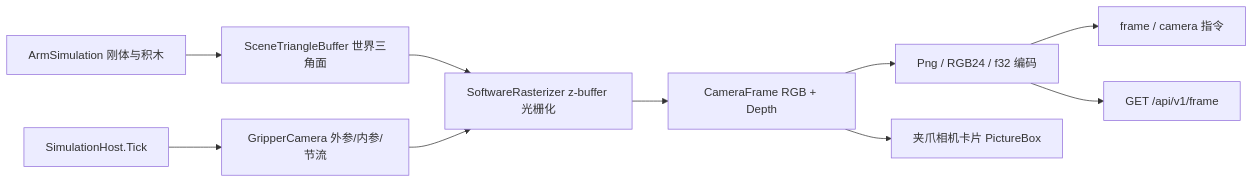
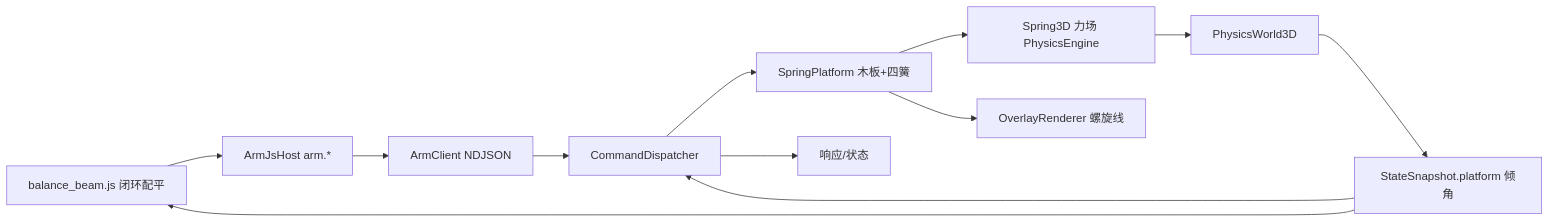
The diagram in .codebuddy/plans/gripper-camera-sensor_15979521.md (xieguigang/virtual-lab), drawn with Mermaid before and after one commit. The commit also changed other lines of this file and 5 other files, not shown here.

````diff
--- a/.codebuddy/plans/gripper-camera-sensor_15979521.md
+++ b/.codebuddy/plans/gripper-camera-sensor_15979521.md
@@ -102,12 +128,14 @@
 ```mermaid
 flowchart LR
-  Sim[ArmSimulation 刚体与积木] --> Buffer[SceneTriangleBuffer 世界三角面]
-  Buffer --> Raster[SoftwareRasterizer z-buffer 光栅化]
-  Cam[GripperCamera 外参/内参/节流] --> Raster
-  Raster --> Frame[CameraFrame RGB + Depth]
-  Frame --> Enc[Png / RGB24 / f32 编码]
-  Enc --> Api[frame / camera 指令]
-  Enc --> Http[GET /api/v1/frame]
-  Frame --> Ui[夹爪相机卡片 PictureBox]
-  Host[SimulationHost.Tick] --> Cam
+  Script[balance_beam.js 闭环配平] --> Host[ArmJsHost arm.*]
+  Host --> Client[ArmClient NDJSON]
+  Client --> Dispatch[CommandDispatcher]
+  Dispatch --> Platform[SpringPlatform 木板+四簧]
+  Platform --> Spring[Spring3D 力场 PhysicsEngine]
+  Spring --> World[PhysicsWorld3D]
+  World --> State[StateSnapshot.platform 倾角]
+  State --> Dispatch
+  Dispatch --> Client2[响应/状态]
+  Platform --> Render[OverlayRenderer 螺旋线]
+  State --> Script
 ```
````
